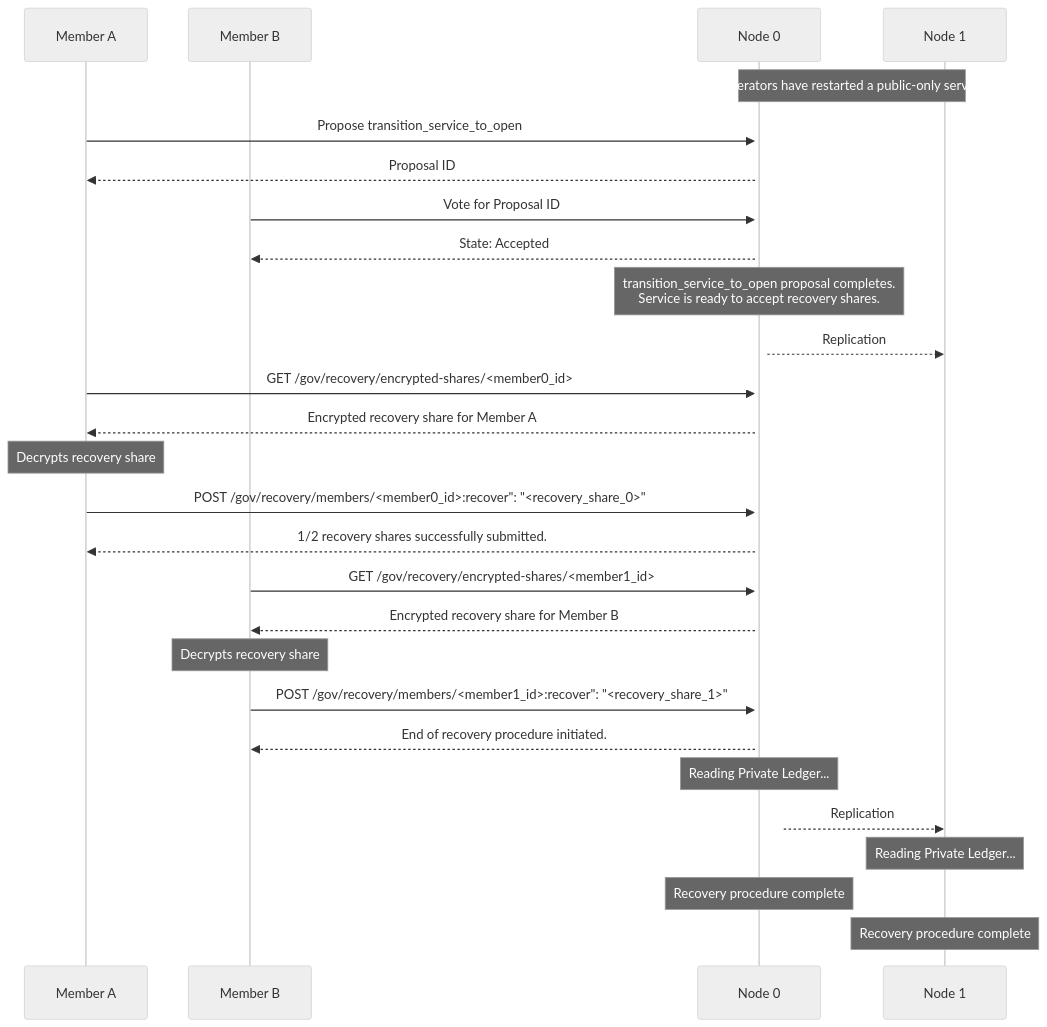
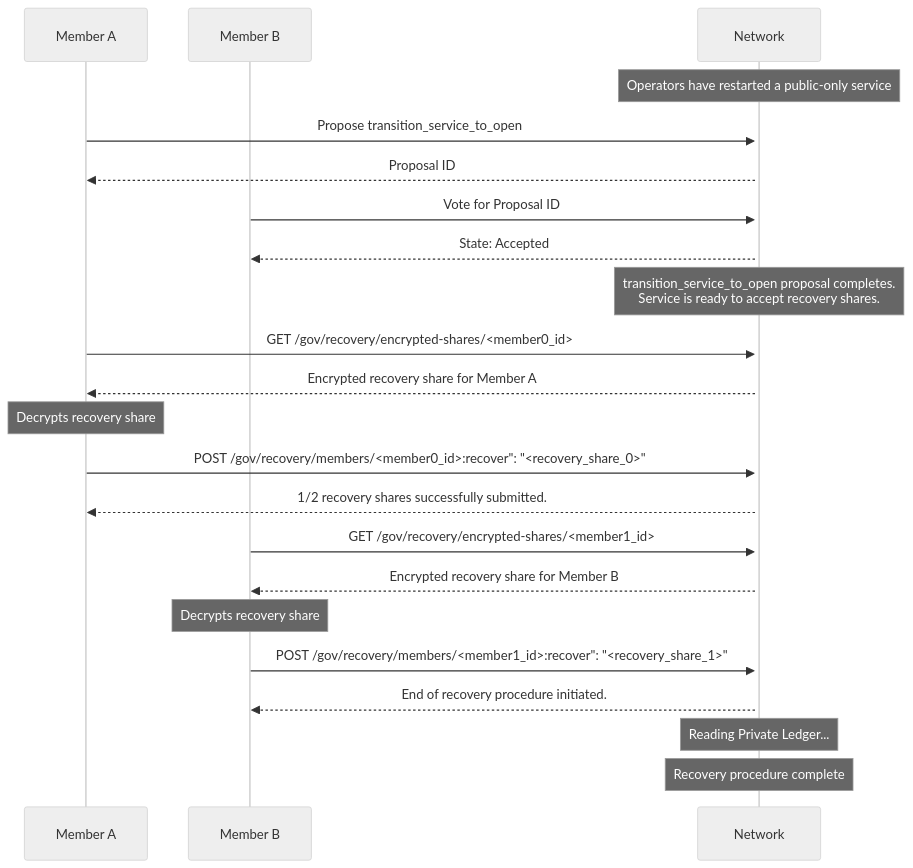
One commit to microsoft/CCF changed the diagram in doc/governance/accept_recovery.rst. Above: the diagram before and after it, drawn with Mermaid (neutral theme). The commit also changed 1 other file, not shown here.

Commit message:
Review feedback

```diff
--- a/doc/governance/accept_recovery.rst
+++ b/doc/governance/accept_recovery.rst
@@ -135,36 +135,30 @@
 .. mermaid::
 
     sequenceDiagram
         participant Member A
         participant Member B
-        participant Node 0
-        participant Node 1
+        participant Network
 
-        Note over Node 0, Node 1: Operators have restarted a public-only service
+        Note over Network: Operators have restarted a public-only service
 
-        Member A->>+Node 0: Propose transition_service_to_open
-        Node 0-->>Member A: Proposal ID
-        Member B->>+Node 0: Vote for Proposal ID
-        Node 0-->>Member B: State: Accepted
+        Member A->>+Network: Propose transition_service_to_open
+        Network-->>Member A: Proposal ID
+        Member B->>+Network: Vote for Proposal ID
+        Network-->>Member B: State: Accepted
 
-        Note over Node 0: transition_service_to_open proposal completes. <br> Service is ready to accept recovery shares.
-        Node 0-->>Node 1: Replication
+        Note over Network: transition_service_to_open proposal completes. <br> Service is ready to accept recovery shares.
 
-        Member A->>+Node 0: GET /gov/recovery/encrypted-shares/<member0_id>
-        Node 0-->>Member A: Encrypted recovery share for Member A
+        Member A->>+Network: GET /gov/recovery/encrypted-shares/<member0_id>
+        Network-->>Member A: Encrypted recovery share for Member A
         Note over Member A: Decrypts recovery share
-        Member A->>+Node 0: POST /gov/recovery/members/<member0_id>:recover": "<recovery_share_0>"
-        Node 0-->>Member A: 1/2 recovery shares successfully submitted.
+        Member A->>+Network: POST /gov/recovery/members/<member0_id>:recover": "<recovery_share_0>"
+        Network-->>Member A: 1/2 recovery shares successfully submitted.
 
-        Member B->>+Node 0: GET /gov/recovery/encrypted-shares/<member1_id>
-        Node 0-->>Member B: Encrypted recovery share for Member B
+        Member B->>+Network: GET /gov/recovery/encrypted-shares/<member1_id>
+        Network-->>Member B: Encrypted recovery share for Member B
         Note over Member B: Decrypts recovery share
-        Member B->>+Node 0: POST /gov/recovery/members/<member1_id>:recover": "<recovery_share_1>"
-        Node 0-->>Member B: End of recovery procedure initiated.
+        Member B->>+Network: POST /gov/recovery/members/<member1_id>:recover": "<recovery_share_1>"
+        Network-->>Member B: End of recovery procedure initiated.
 
-        Note over Node 0: Reading Private Ledger...
-        Node 0-->>Node 1: Replication
-        Note over Node 1: Reading Private Ledger...
-
-        Note over Node 0: Recovery procedure complete
-        Note over Node 1: Recovery procedure complete
+        Note over Network: Reading Private Ledger...
+        Note over Network: Recovery procedure complete
```
